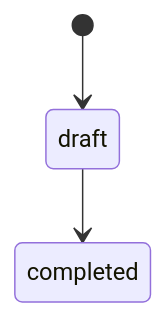
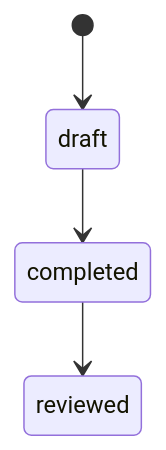
Before and after one commit to Akarin7784/machining-erp: the tenth of 18 diagrams in docs/04_单据状态迁移表.md, drawn with Mermaid. The commit also changed other lines of this file and 15 other files, not shown here.

````diff
--- a/docs/04_单据状态迁移表.md
+++ b/docs/04_单据状态迁移表.md
@@ -133,5 +152,6 @@
 ```mermaid
 stateDiagram-v2
     [*] --> draft
+    completed --> reviewed
     draft --> completed
 ```
````
